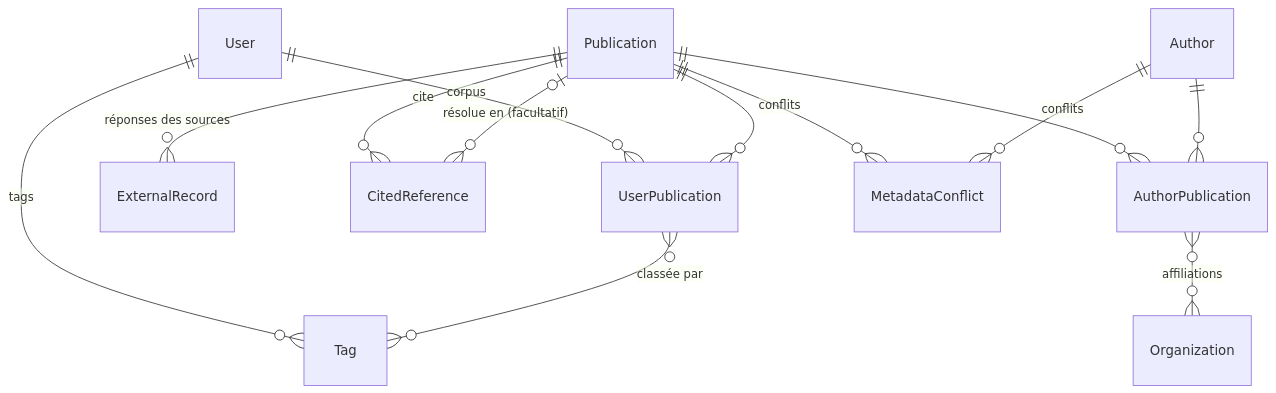
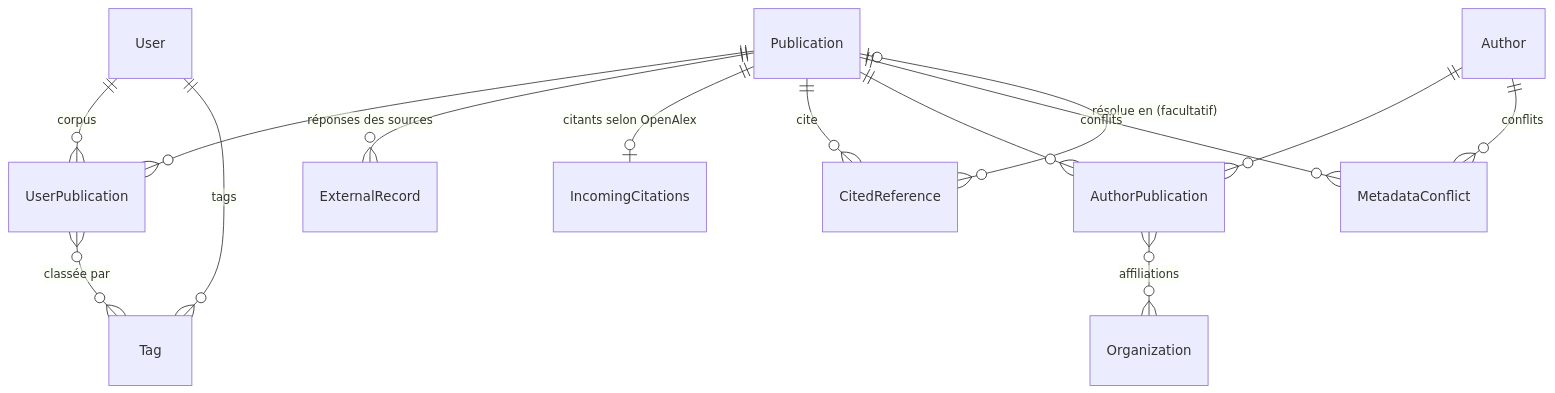
Before and after one commit to tanguycadoux/research-paper-relationship-graph: the diagram in docs/architecture.md, drawn with Mermaid. The commit also changed other lines of this file and 12 other files, not shown here.

First line of the commit message:
feat(publications): citations entrantes selon OpenAlex, à la demande

````diff
--- a/docs/architecture.md
+++ b/docs/architecture.md
@@ -156,15 +158,16 @@
 ```mermaid
 erDiagram
     User ||--o{ UserPublication : "corpus"
     Publication ||--o{ UserPublication : ""
     User ||--o{ Tag : "tags"
     UserPublication }o--o{ Tag : "classée par"
     Publication ||--o{ ExternalRecord : "réponses des sources"
+    Publication ||--o| IncomingCitations : "citants selon OpenAlex"
     Publication ||--o{ CitedReference : "cite"
     CitedReference }o--o| Publication : "résolue en (facultatif)"
     Publication ||--o{ AuthorPublication : ""
     Author ||--o{ AuthorPublication : ""
     AuthorPublication }o--o{ Organization : "affiliations"
     Publication ||--o{ MetadataConflict : "conflits"
     Author ||--o{ MetadataConflict : "conflits"
 ```
````
